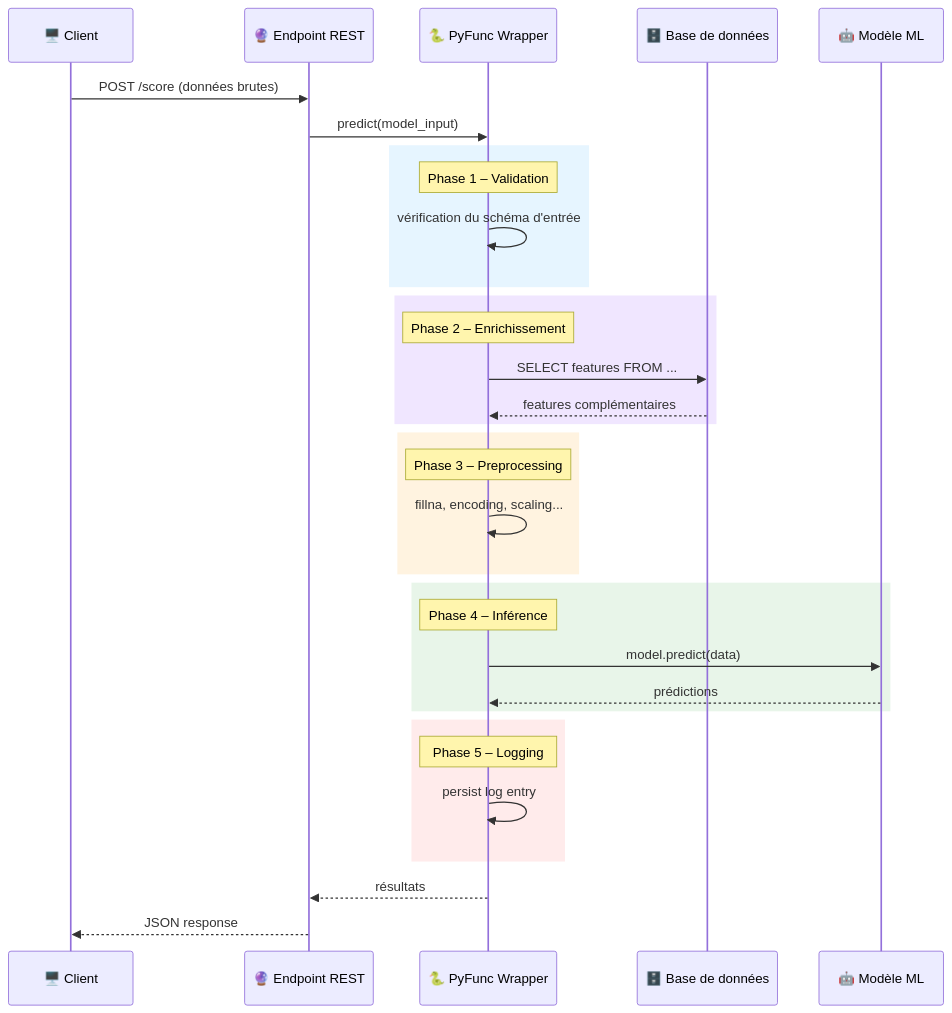
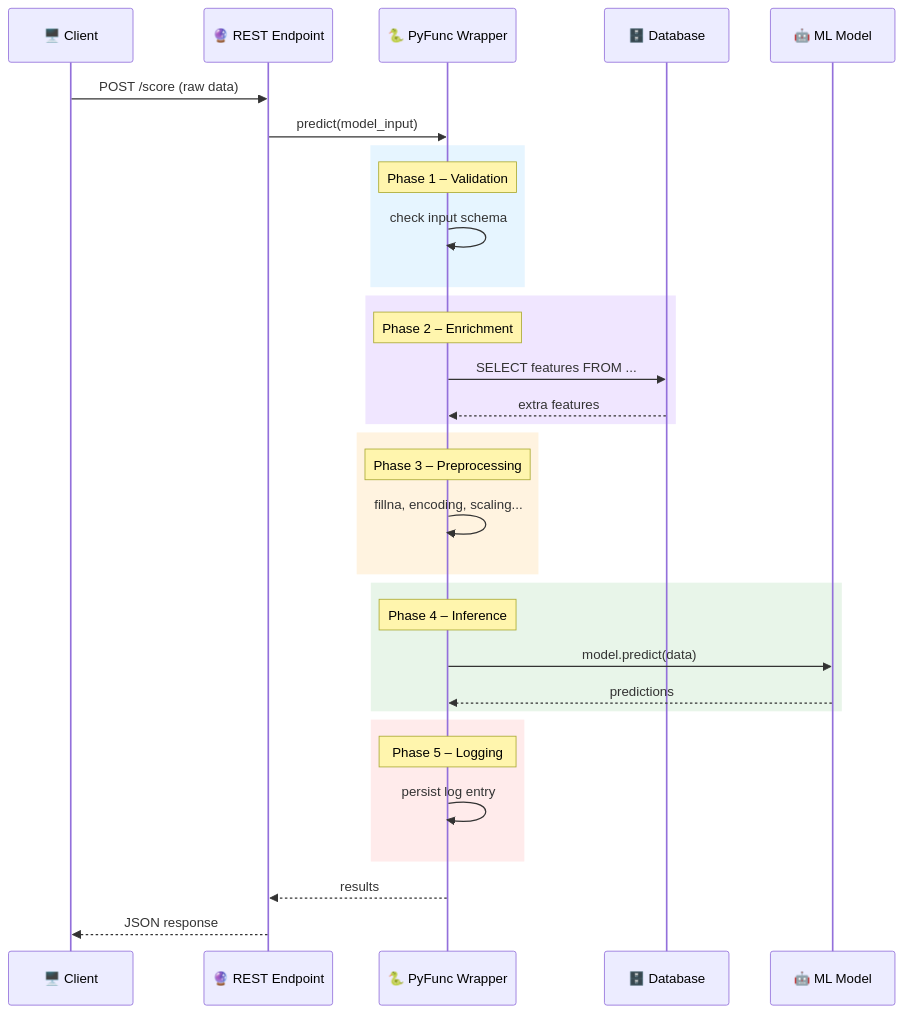
One commit to fredgis/fabric-foundry-kb changed the third of 6 diagrams in markdown/MLinFabric.md. Above: the diagram before and after it, drawn with Mermaid. The commit also changed other lines of this file and 3 other files, not shown here.

First line of the commit message:
MLinFabric: translate to English + add end-to-end architecture diagram

````diff
--- a/markdown/MLinFabric.md
+++ b/markdown/MLinFabric.md
@@ -204,41 +212,41 @@
 ```mermaid
 sequenceDiagram
     participant Client as 🖥️ Client
-    participant Endpoint as 🔮 Endpoint REST
+    participant Endpoint as 🔮 REST Endpoint
     participant Wrapper as 🐍 PyFunc Wrapper
-    participant DB as 🗄️ Base de données
-    participant Model as 🤖 Modèle ML
+    participant DB as 🗄️ Database
+    participant Model as 🤖 ML Model
 
-    Client->>Endpoint: POST /score (données brutes)
+    Client->>Endpoint: POST /score (raw data)
     Endpoint->>Wrapper: predict(model_input)
 
     rect rgb(230, 245, 255)
         Note over Wrapper: Phase 1 – Validation
-        Wrapper->>Wrapper: vérification du schéma d'entrée
+        Wrapper->>Wrapper: check input schema
     end
 
     rect rgb(240, 230, 255)
-        Note over Wrapper: Phase 2 – Enrichissement
+        Note over Wrapper: Phase 2 – Enrichment
         Wrapper->>DB: SELECT features FROM ...
-        DB-->>Wrapper: features complémentaires
+        DB-->>Wrapper: extra features
     end
 
     rect rgb(255, 243, 224)
         Note over Wrapper: Phase 3 – Preprocessing
         Wrapper->>Wrapper: fillna, encoding, scaling...
     end
 
     rect rgb(232, 245, 233)
-        Note over Wrapper: Phase 4 – Inférence
+        Note over Wrapper: Phase 4 – Inference
         Wrapper->>Model: model.predict(data)
-        Model-->>Wrapper: prédictions
+        Model-->>Wrapper: predictions
     end
 
     rect rgb(255, 235, 235)
         Note over Wrapper: Phase 5 – Logging
         Wrapper->>Wrapper: persist log entry
     end
 
-    Wrapper-->>Endpoint: résultats
+    Wrapper-->>Endpoint: results
     Endpoint-->>Client: JSON response
 ```
````
